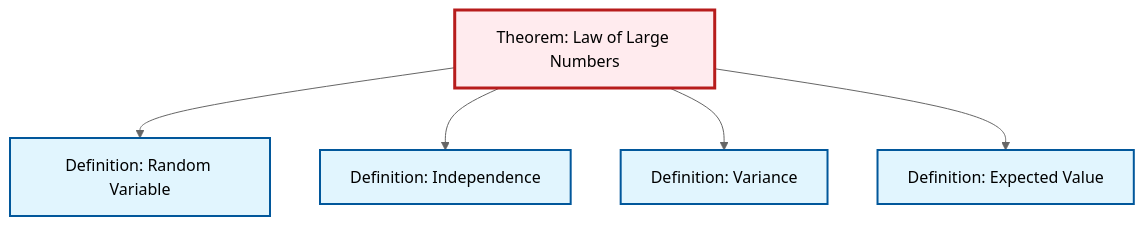
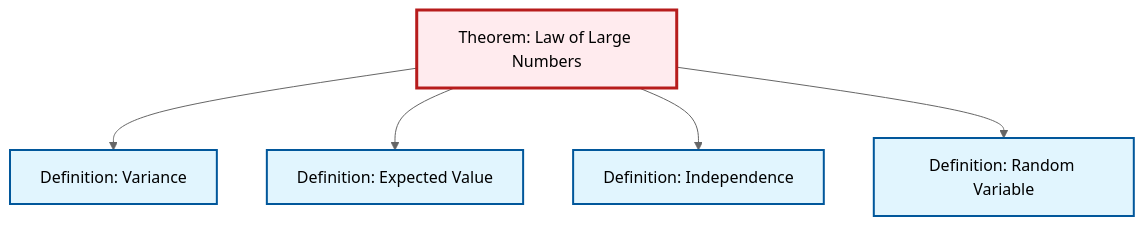
The second of 2 diagrams in content/en/probability-statistics/thm-law-of-large-numbers.qmd (RK0429/ModernMath), drawn with Mermaid (neutral theme) before and after one commit. The commit also changed other lines of this file and 360 other files, not shown here.

````diff
--- a/content/en/probability-statistics/thm-law-of-large-numbers.qmd
+++ b/content/en/probability-statistics/thm-law-of-large-numbers.qmd
@@ -88,23 +88,23 @@
 ```{mermaid}
 %%| fig-cap: "Local dependency graph"
 graph TD
     classDef definition fill:#e1f5fe,stroke:#01579b,stroke-width:2px
     classDef theorem fill:#f3e5f5,stroke:#4a148c,stroke-width:2px
     classDef axiom fill:#fff3e0,stroke:#e65100,stroke-width:2px
     classDef example fill:#e8f5e9,stroke:#1b5e20,stroke-width:2px
     classDef current fill:#ffebee,stroke:#b71c1c,stroke-width:3px
     def-expectation["Definition: Expected Value"]:::definition
     def-random-variable["Definition: Random Variable"]:::definition
-    thm-law-of-large-numbers["Theorem: Law of Large Numbers"]:::theorem
     def-independence["Definition: Independence"]:::definition
     def-variance["Definition: Variance"]:::definition
-    thm-law-of-large-numbers --> def-random-variable
-    thm-law-of-large-numbers --> def-independence
+    thm-law-of-large-numbers["Theorem: Law of Large Numbers"]:::theorem
     thm-law-of-large-numbers --> def-variance
     thm-law-of-large-numbers --> def-expectation
+    thm-law-of-large-numbers --> def-independence
+    thm-law-of-large-numbers --> def-random-variable
     class thm-law-of-large-numbers current
     click def-expectation "def-expectation.html" "Go to Expected Value definition"
     click def-random-variable "def-random-variable.html" "Go to Random Variable definition"
     click def-independence "def-independence.html" "Go to Independence definition"
     click def-variance "def-variance.html" "Go to Variance definition"
 ```
````
